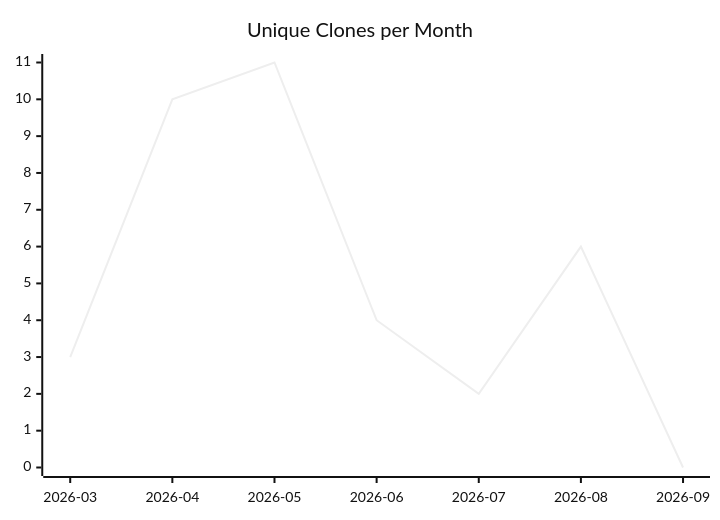
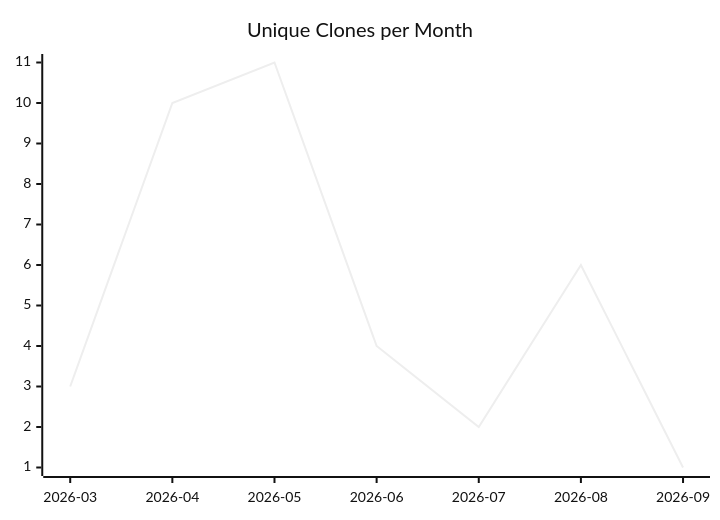
The third of 3 diagrams in karlmdavis/bbonfhir-dev-infra-docker/README.md (justdavis-family/github-analytics-data), drawn with Mermaid (neutral theme) before and after one commit. The commit also changed other lines of this file and 191 other files, not shown here.

````diff
--- a/karlmdavis/bbonfhir-dev-infra-docker/README.md
+++ b/karlmdavis/bbonfhir-dev-infra-docker/README.md
@@ -19,6 +19,6 @@
 ```mermaid
 xychart-beta
   title "Unique Clones per Month"
   x-axis ["2026-03", "2026-04", "2026-05", "2026-06", "2026-07", "2026-08", "2026-09"]
-  line [3, 10, 11, 4, 2, 6, 0]
+  line [3, 10, 11, 4, 2, 6, 1]
 ```
````
